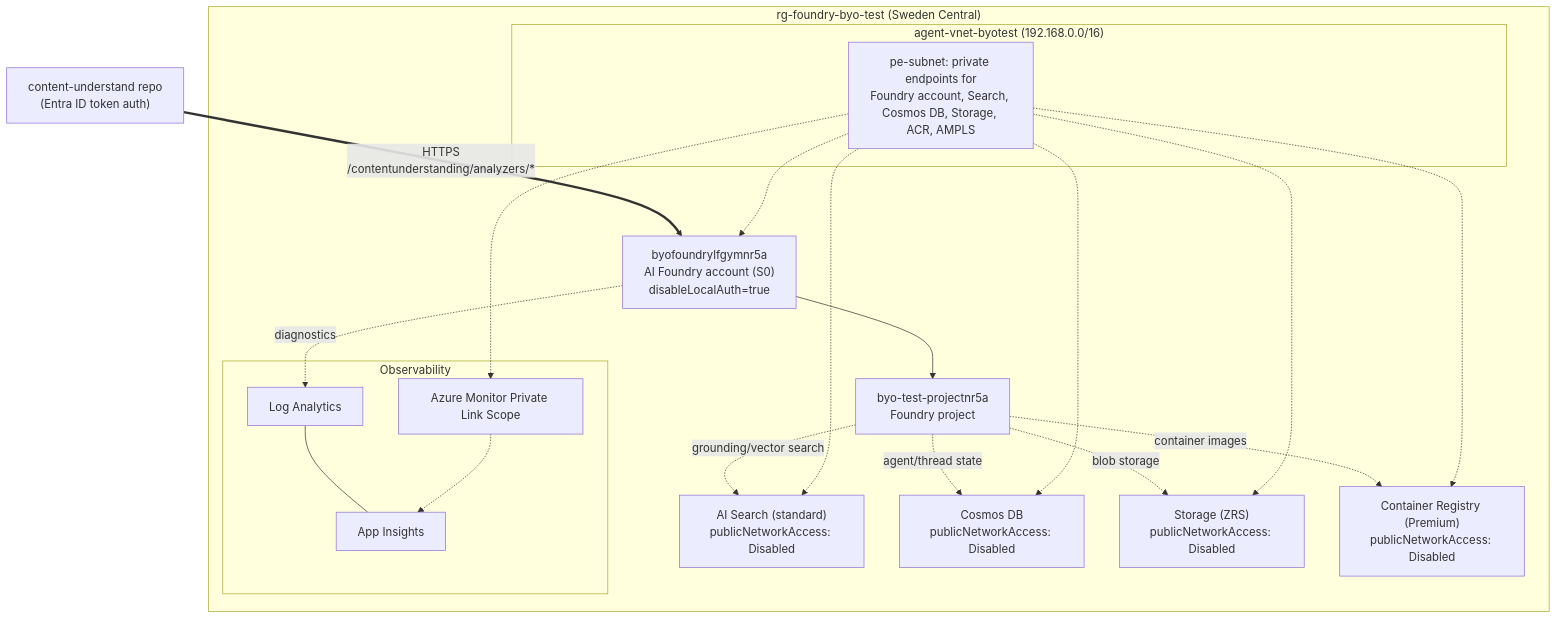
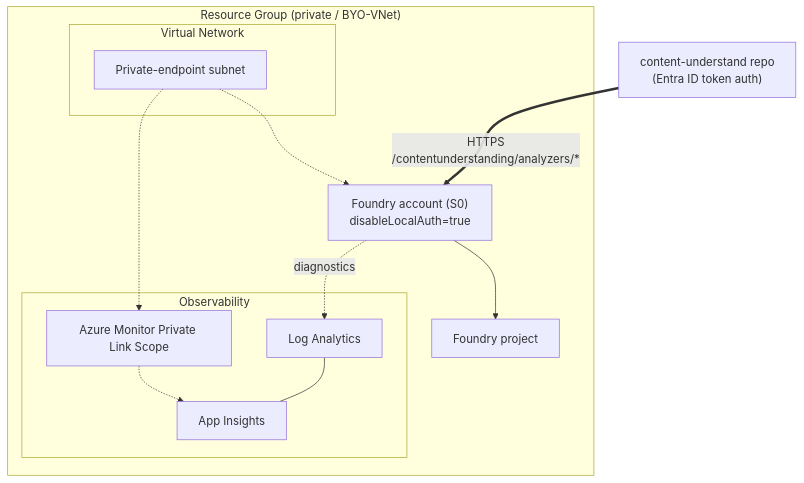
Before and after one commit to georgeollis/content-understanding-mlops: the second of 2 diagrams in README.md, drawn with Mermaid. The commit also changed other lines of this file and 6 other files, not shown here.

First line of the commit message:
docs: remove specific Azure resource names, use Microsoft Foundry terminology

````diff
--- a/README.md
+++ b/README.md
@@ -64,36 +67,24 @@
 ```mermaid
 graph TB
     DEV["content-understand repo<br/>(Entra ID token auth)"] ==>|"HTTPS<br/>/contentunderstanding/analyzers/*"| FOUNDRY
 
-    subgraph RG["rg-foundry-byo-test (Sweden Central)"]
-        subgraph VNET["agent-vnet-byotest (192.168.0.0/16)"]
-            PESUBNET["pe-subnet: private endpoints for<br/>Foundry account, Search, Cosmos DB, Storage, ACR, AMPLS"]
+    subgraph RG["Resource Group (private / BYO-VNet)"]
+        subgraph VNET["Virtual Network"]
+            PESUBNET["Private-endpoint subnet"]
         end
 
-        FOUNDRY["byofoundrylfgymnr5a<br/>AI Foundry account (S0)<br/>disableLocalAuth=true"]
-        PROJECT["byo-test-projectnr5a<br/>Foundry project"]
-        SEARCH["AI Search (standard)<br/>publicNetworkAccess: Disabled"]
-        COSMOS["Cosmos DB<br/>publicNetworkAccess: Disabled"]
-        STORAGE["Storage (ZRS)<br/>publicNetworkAccess: Disabled"]
-        ACR["Container Registry (Premium)<br/>publicNetworkAccess: Disabled"]
+        FOUNDRY["Foundry account (S0)<br/>disableLocalAuth=true"]
+        PROJECT["Foundry project"]
 
         subgraph MON["Observability"]
             LAW["Log Analytics"] --- APPI["App Insights"]
             AMPLS["Azure Monitor Private Link Scope"]
         end
 
         FOUNDRY --> PROJECT
-        PROJECT -.->|"grounding/vector search"| SEARCH
-        PROJECT -.->|"agent/thread state"| COSMOS
-        PROJECT -.->|"blob storage"| STORAGE
-        PROJECT -.->|"container images"| ACR
         FOUNDRY -.->|"diagnostics"| LAW
         AMPLS -.-> APPI
         PESUBNET -.-> FOUNDRY
-        PESUBNET -.-> SEARCH
-        PESUBNET -.-> COSMOS
-        PESUBNET -.-> STORAGE
-        PESUBNET -.-> ACR
         PESUBNET -.-> AMPLS
     end
 ```
````
